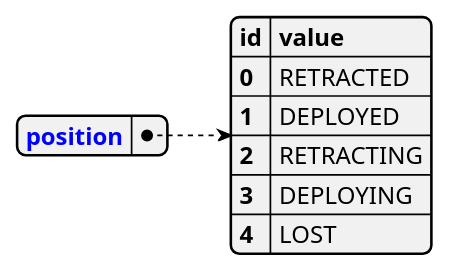
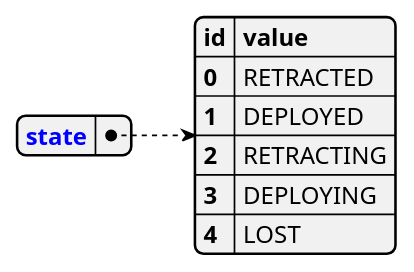
One commit to lsst-ts/ts_tma_tma-documentation_pxi-controller_documentation changed diagram 30 of 43 in 02 CommandsAndEventsManagement/03 Events.md. Above: the diagram before and after it, drawn with PlantUML. The commit also changed other lines of this file, not shown here.

Commit message:
fix typo after renaming the events fields from position to state

````diff
--- a/02 CommandsAndEventsManagement/03 Events.md
+++ b/02 CommandsAndEventsManagement/03 Events.md
@@ -868,14 +868,14 @@
 ``` plantuml
 @startjson
 {
-    "<color:blue><b>position": {
+    "<color:blue><b>state": {
         "<b>id": "<b>value",
         "0": "RETRACTED",
         "1": "DEPLOYED",
         "2": "RETRACTING",
         "3": "DEPLOYING",
         "4": "LOST"
     }
 }
 @endjson
 ```
````
